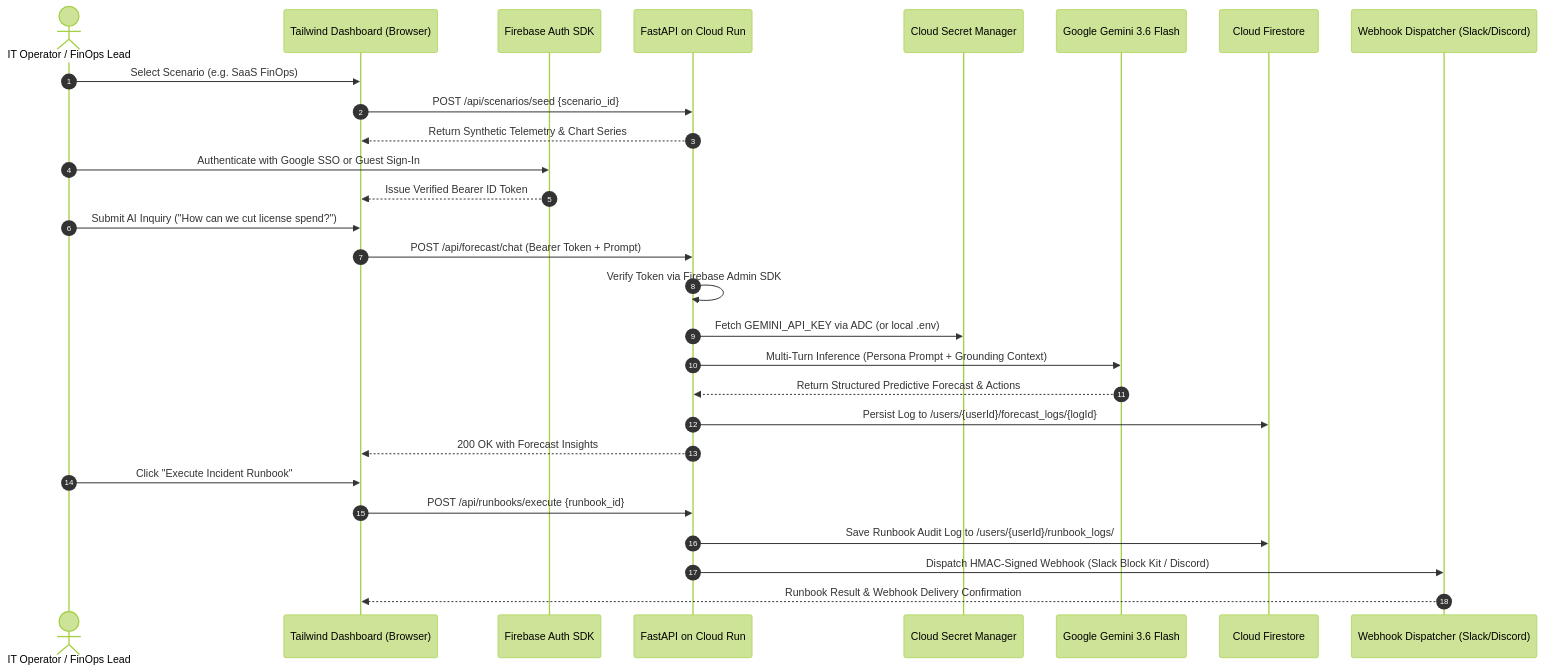
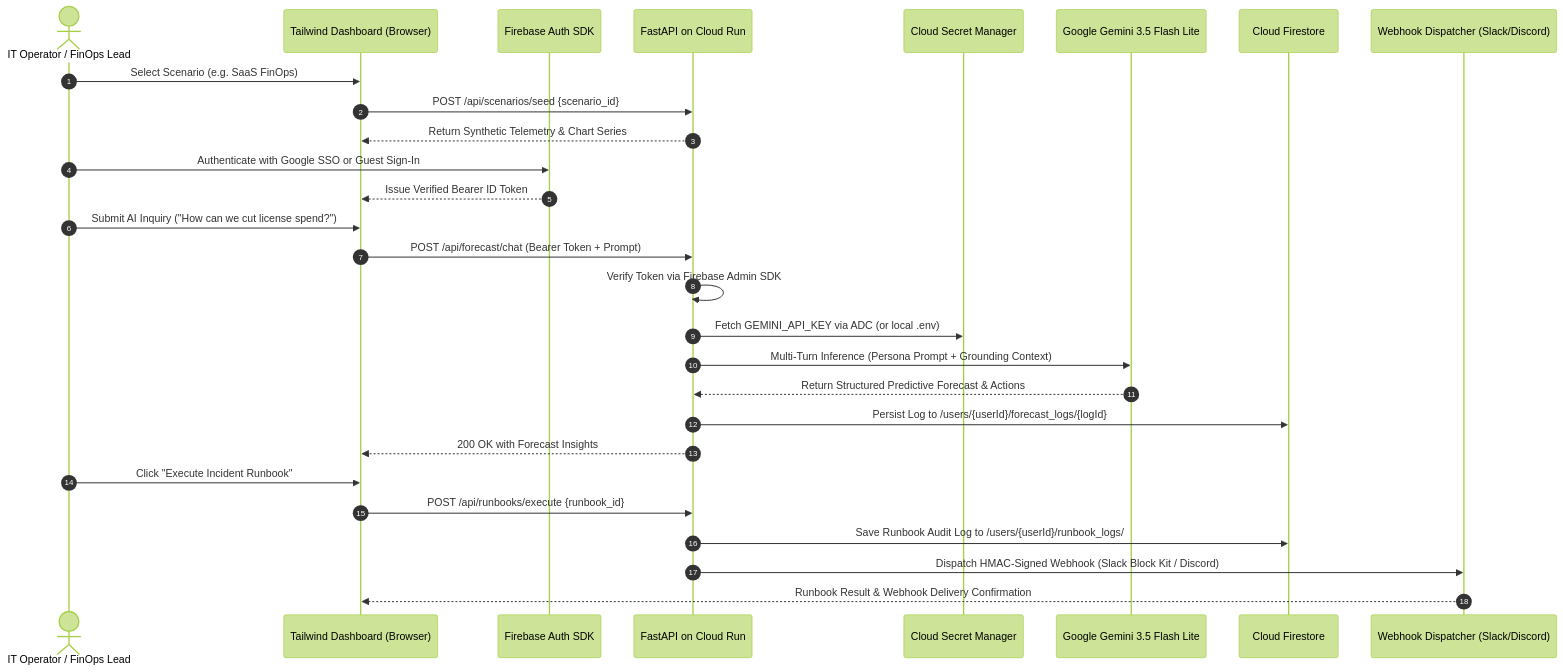
The diagram in README.md (GitPhantom700/workplace_pulse), drawn with Mermaid (forest theme) before and after one commit. The commit also changed other lines of this file and 4 other files, not shown here.

````diff
--- a/README.md
+++ b/README.md
@@ -286,31 +286,31 @@
 ```mermaid
 sequenceDiagram
     autonumber
     actor User as IT Operator / FinOps Lead
     participant Frontend as Tailwind Dashboard (Browser)
     participant Auth as Firebase Auth SDK
     participant Backend as FastAPI on Cloud Run
     participant Secrets as Cloud Secret Manager
-    participant Gemini as Google Gemini 3.6 Flash
+    participant Gemini as Google Gemini 3.5 Flash Lite
     participant Firestore as Cloud Firestore
     participant Webhook as Webhook Dispatcher (Slack/Discord)
 
     User->>Frontend: Select Scenario (e.g. SaaS FinOps)
     Frontend->>Backend: POST /api/scenarios/seed {scenario_id}
     Backend-->>Frontend: Return Synthetic Telemetry & Chart Series
     User->>Auth: Authenticate with Google SSO or Guest Sign-In
     Auth-->>Frontend: Issue Verified Bearer ID Token
     User->>Frontend: Submit AI Inquiry ("How can we cut license spend?")
     Frontend->>Backend: POST /api/forecast/chat (Bearer Token + Prompt)
     Backend->>Backend: Verify Token via Firebase Admin SDK
     Backend->>Secrets: Fetch GEMINI_API_KEY via ADC (or local .env)
     Backend->>Gemini: Multi-Turn Inference (Persona Prompt + Grounding Context)
     Gemini-->>Backend: Return Structured Predictive Forecast & Actions
     Backend->>Firestore: Persist Log to /users/{userId}/forecast_logs/{logId}
     Backend-->>Frontend: 200 OK with Forecast Insights
     User->>Frontend: Click "Execute Incident Runbook"
     Frontend->>Backend: POST /api/runbooks/execute {runbook_id}
     Backend->>Firestore: Save Runbook Audit Log to /users/{userId}/runbook_logs/
     Backend->>Webhook: Dispatch HMAC-Signed Webhook (Slack Block Kit / Discord)
     Webhook-->>Frontend: Runbook Result & Webhook Delivery Confirmation
 ```
````
